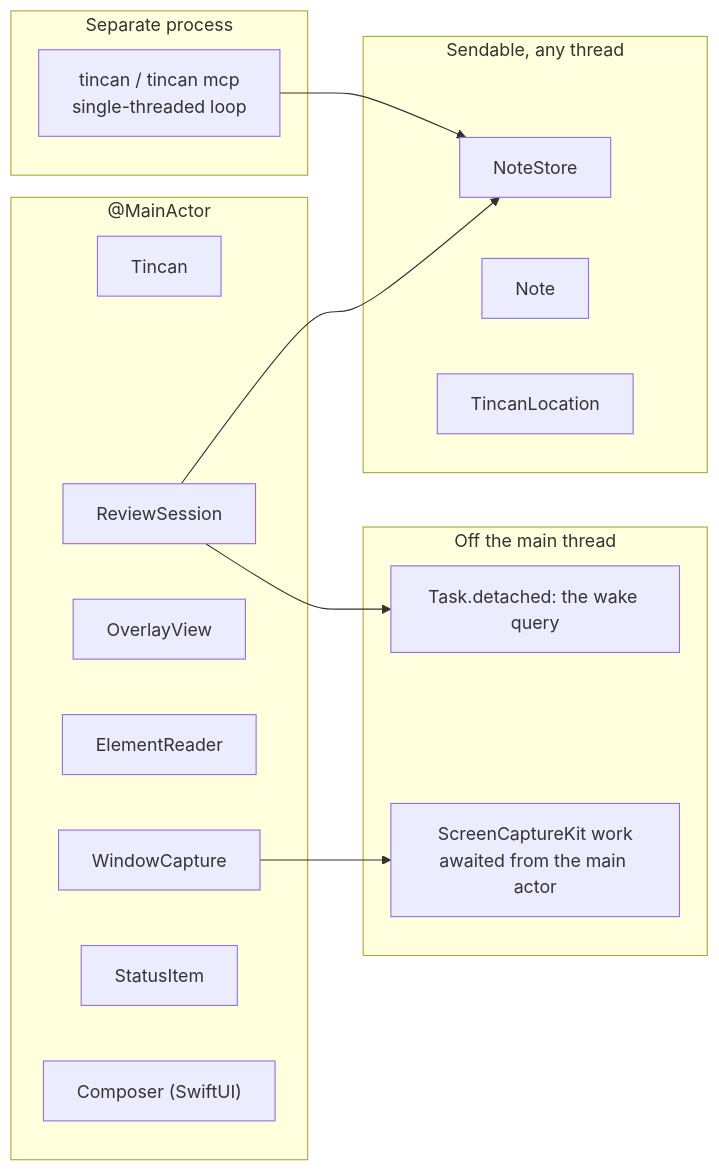
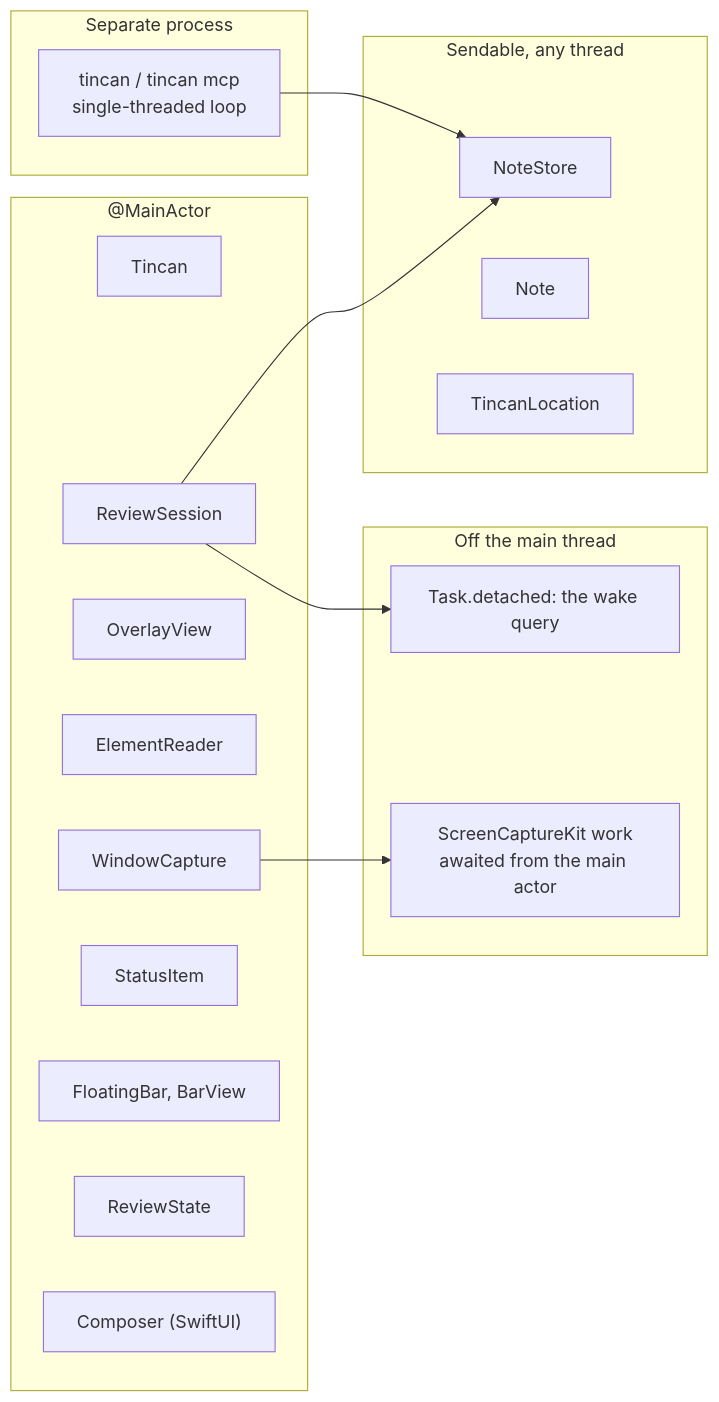
One commit to ordinarynerds/tincan changed diagram 19 of 19 in docs/ARCHITECTURE.md. Above: the diagram before and after it, drawn with Mermaid. The commit also changed other lines of this file and 9 other files, not shown here.

First line of the commit message:
Add a floating bar, so review mode works without the keyboard

````diff
--- a/docs/ARCHITECTURE.md
+++ b/docs/ARCHITECTURE.md
@@ -529,28 +580,30 @@
 ```mermaid
 flowchart LR
     subgraph main["@MainActor"]
         tincan["Tincan"]
         session["ReviewSession"]
         overlay["OverlayView"]
         reader["ElementReader"]
         capture["WindowCapture"]
         status["StatusItem"]
+        bar["FloatingBar, BarView"]
+        state["ReviewState"]
         composer["Composer (SwiftUI)"]
     end
     subgraph bg["Off the main thread"]
         wake["Task.detached: the wake query"]
         sck["ScreenCaptureKit work<br/>awaited from the main actor"]
     end
     subgraph any["Sendable, any thread"]
         store["NoteStore"]
         note["Note"]
         location["TincanLocation"]
     end
     subgraph proc["Separate process"]
         cli["tincan / tincan mcp<br/>single-threaded loop"]
     end
     session --> wake
     capture --> sck
     session --> store
     cli --> store
 ```
````
